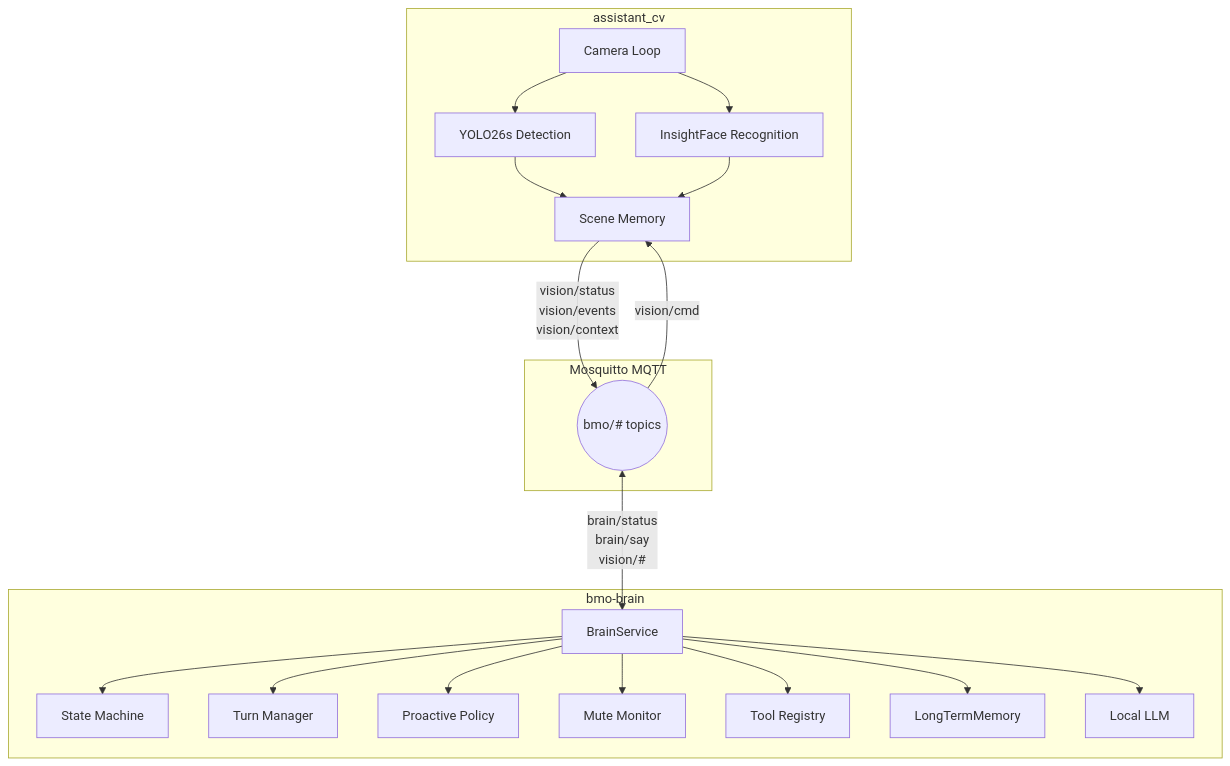
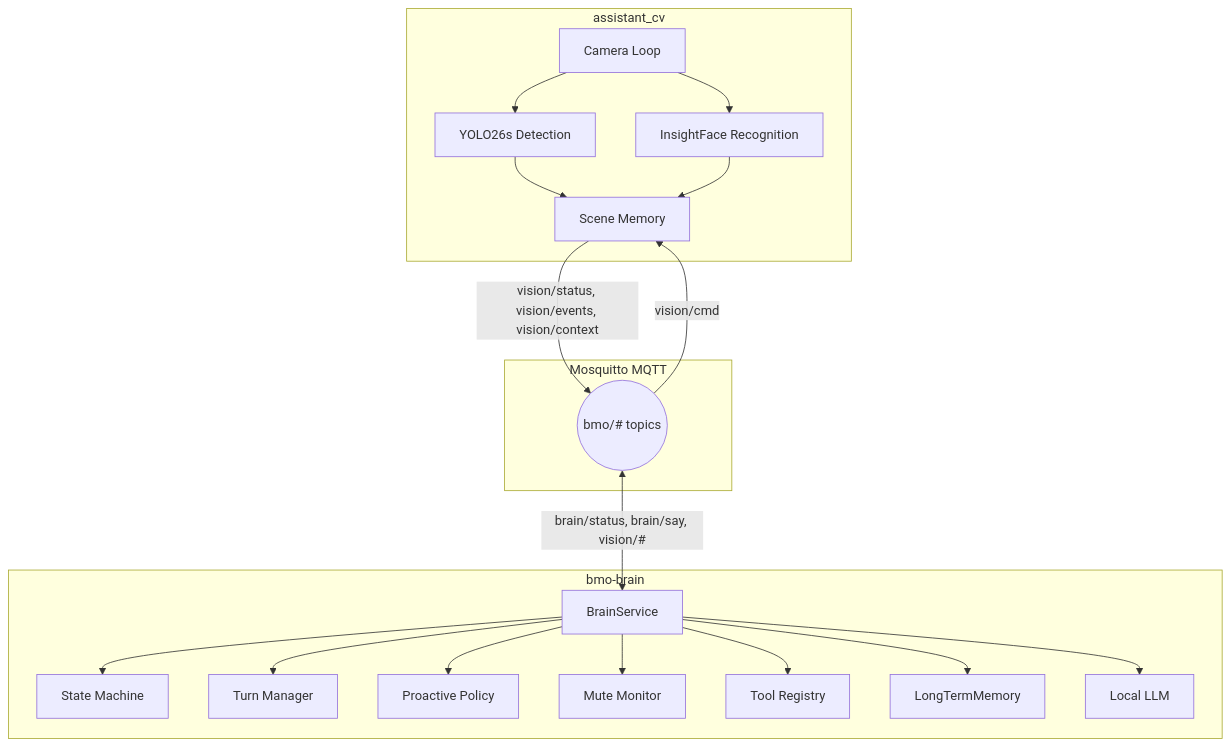
Before and after one commit to Amine-Sai/BMO-SMART-COMPANION: the diagram in README.md, drawn with Mermaid. The commit also changed other lines of this file, not shown here.

````diff
--- a/README.md
+++ b/README.md
@@ -108,30 +108,30 @@
 ```mermaid
 flowchart TD
     subgraph Vision[assistant_cv]
         CAM[Camera Loop]
         YOLO[YOLO26s Detection]
         FACE[InsightFace Recognition]
         MEM[Scene Memory]
         CAM --> YOLO & FACE --> MEM
     end
 
     subgraph Broker[Mosquitto MQTT]
         MQTT((bmo/# topics))
     end
 
     subgraph Brain[bmo-brain]
         MAIN[BrainService]
         SM[State Machine]
         TURN[Turn Manager]
         POL[Proactive Policy]
         MUTE[Mute Monitor]
         TOOLS[Tool Registry]
         LTM[LongTermMemory]
         LLM[Local LLM]
         MAIN --> SM & TURN & POL & MUTE & TOOLS & LTM & LLM
     end
 
-    MEM -->|vision/status<br/>vision/events<br/>vision/context| MQTT
+    MEM -->|vision/status, vision/events, vision/context| MQTT
     MQTT -->|vision/cmd| MEM
-    MQTT <-->|brain/status<br/>brain/say<br/>vision/#| MAIN
+    MQTT <-->|brain/status, brain/say, vision/#| MAIN
 ```
````
